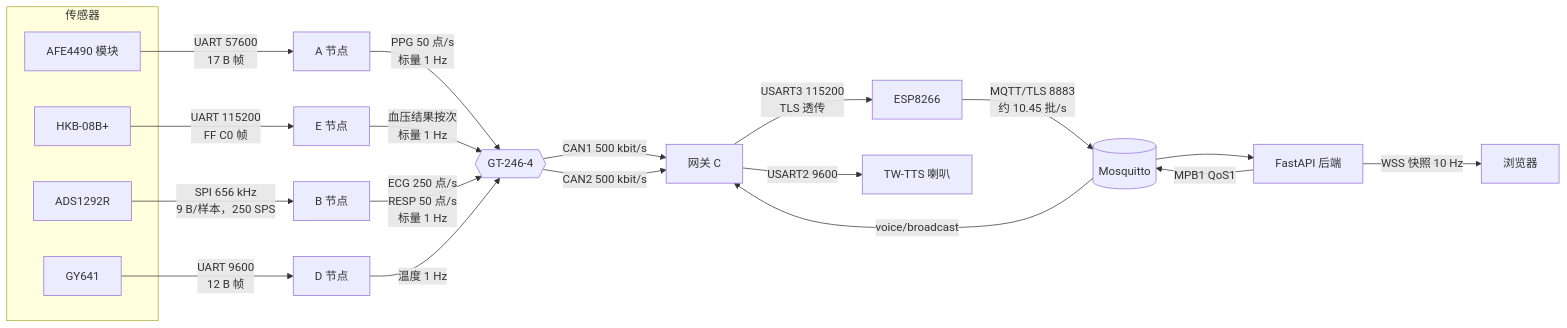
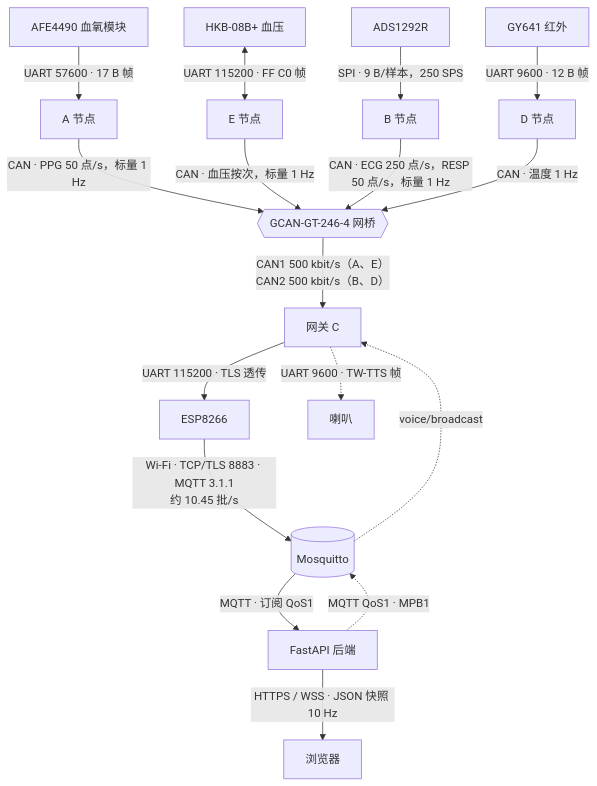
One commit to Serendipity-min/medical-multi-parameter-monitor changed the fourth of 5 diagrams in docs/acceptance/CLOSEOUT-TECHNICAL-OVERVIEW.md. Above: the diagram before and after it, drawn with Mermaid. The commit also changed other lines of this file, not shown here.

````diff
--- a/docs/acceptance/CLOSEOUT-TECHNICAL-OVERVIEW.md
+++ b/docs/acceptance/CLOSEOUT-TECHNICAL-OVERVIEW.md
@@ -130,28 +130,21 @@
 ```mermaid
-flowchart LR
-    subgraph SEN[传感器]
-      S1[AFE4490 模块]
-      S2[ADS1292R]
-      S3[GY641]
-      S4[HKB-08B+]
-    end
-    S1 -->|UART 57600<br/>17 B 帧| A[A 节点]
-    S2 -->|SPI 656 kHz<br/>9 B/样本，250 SPS| B[B 节点]
-    S3 -->|UART 9600<br/>12 B 帧| D[D 节点]
-    S4 -->|UART 115200<br/>FF C0 帧| E[E 节点]
+flowchart TB
+    S1[AFE4490 血氧模块] -->|"UART 57600 · 17 B 帧"| A[A 节点]
+    S2[ADS1292R] -->|"SPI · 9 B/样本，250 SPS"| B[B 节点]
+    S3[GY641 红外] -->|"UART 9600 · 12 B 帧"| D[D 节点]
+    S4[HKB-08B+ 血压] <-->|"UART 115200 · FF C0 帧"| E[E 节点]
 
-    A -->|PPG 50 点/s<br/>标量 1 Hz| GT{{GT-246-4}}
-    E -->|血压结果按次<br/>标量 1 Hz| GT
-    B -->|ECG 250 点/s<br/>RESP 50 点/s<br/>标量 1 Hz| GT
-    D -->|温度 1 Hz| GT
-    GT -->|CAN1 500 kbit/s| C[网关 C]
-    GT -->|CAN2 500 kbit/s| C
+    A -->|"CAN · PPG 50 点/s，标量 1 Hz"| GT{{GCAN-GT-246-4 网桥}}
+    E -->|"CAN · 血压按次，标量 1 Hz"| GT
+    B -->|"CAN · ECG 250 点/s，RESP 50 点/s，标量 1 Hz"| GT
+    D -->|"CAN · 温度 1 Hz"| GT
+    GT -->|"CAN1 500 kbit/s（A、E）<br/>CAN2 500 kbit/s（B、D）"| C[网关 C]
 
-    C -->|USART3 115200<br/>TLS 透传| ESP[ESP8266]
-    ESP -->|MQTT/TLS 8883<br/>约 10.45 批/s| MQ[(Mosquitto)]
-    MQ --> BE[FastAPI 后端]
-    BE -->|WSS 快照 10 Hz| WEB[浏览器]
-    BE -->|MPB1 QoS1| MQ
-    MQ -->|voice/broadcast| C
-    C -->|USART2 9600| TTS[TW-TTS 喇叭]
+    C -->|"UART 115200 · TLS 透传"| ESP[ESP8266]
+    ESP -->|"Wi-Fi · TCP/TLS 8883 · MQTT 3.1.1<br/>约 10.45 批/s"| MQ[(Mosquitto)]
+    MQ -->|"MQTT · 订阅 QoS1"| BE[FastAPI 后端]
+    BE -->|"HTTPS / WSS · JSON 快照 10 Hz"| WEB[浏览器]
+    BE -.->|"MQTT QoS1 · MPB1"| MQ
+    MQ -.->|"voice/broadcast"| C
+    C -.->|"UART 9600 · TW-TTS 帧"| TTS[喇叭]
 ```
````
